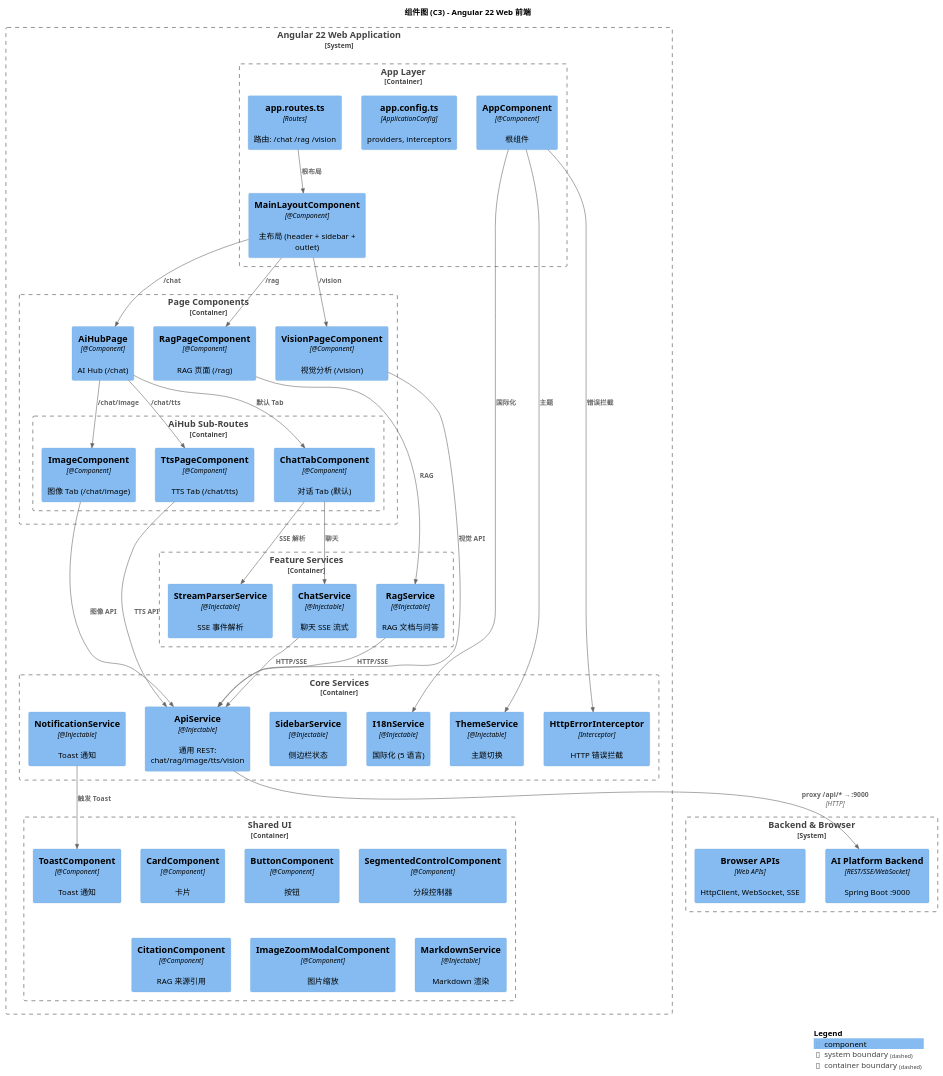
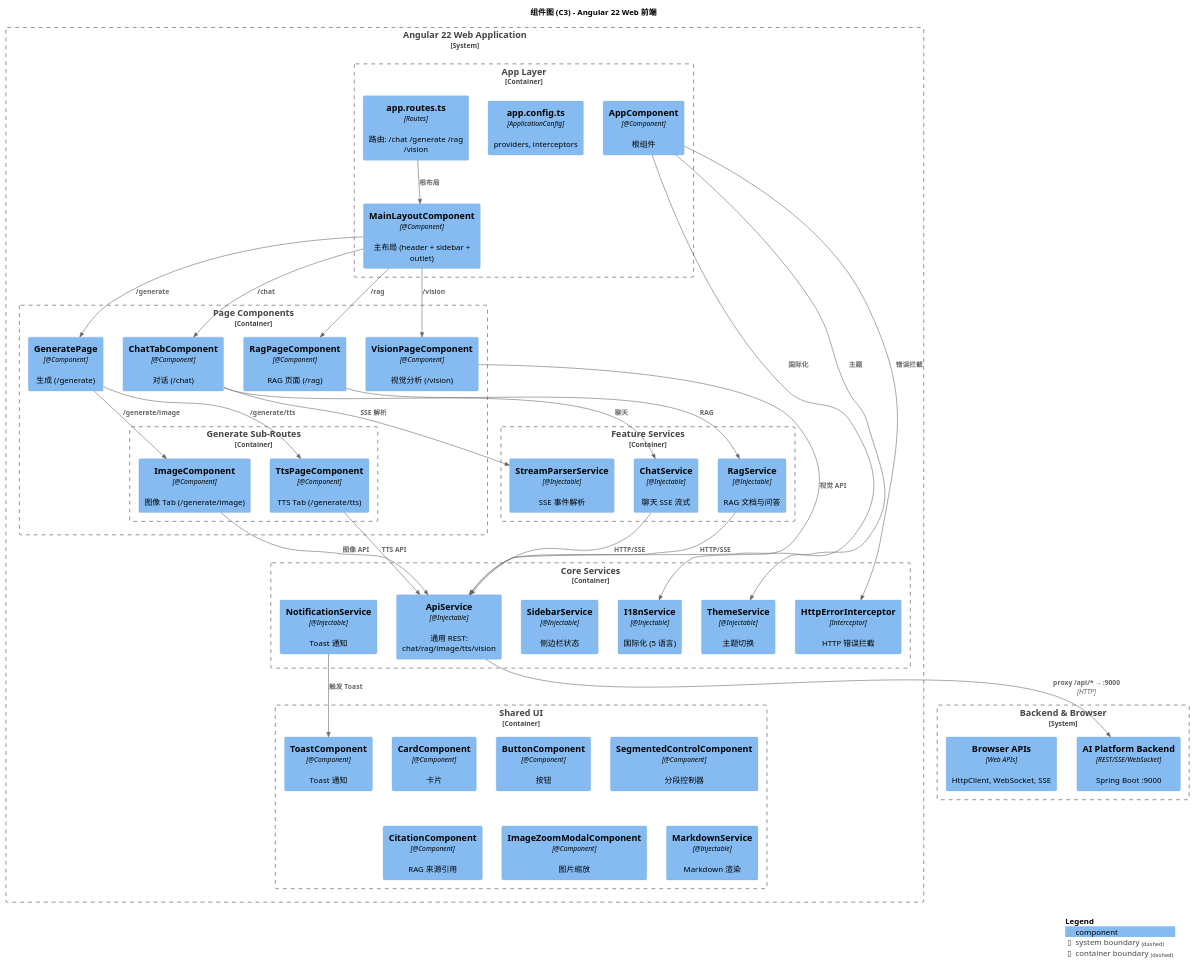
Before and after one commit to felixzhu97/explore-ai: the diagram in docs/c4/C3-Component-Frontend.puml, drawn with PlantUML. The commit also changed 4 other files, not shown here.

```diff
--- a/docs/c4/C3-Component-Frontend.puml
+++ b/docs/c4/C3-Component-Frontend.puml
@@ -1,107 +1,107 @@
 @startuml C3-Component-Frontend
 !include https://raw.githubusercontent.com/plantuml-stdlib/C4-PlantUML/master/C4_Component.puml
 
 LAYOUT_WITH_LEGEND()
 
 title 组件图 (C3) - Angular 22 Web 前端
 
 System_Boundary(frontend, "Angular 22 Web Application") {
 
     ' ============================================================
     ' APP LAYER
     ' ============================================================
     Container_Boundary(app_layer, "App Layer") {
         Component(app_root, "AppComponent", "@Component", "根组件")
         Component(main_layout, "MainLayoutComponent", "@Component", "主布局 (header + sidebar + outlet)")
         Component(app_cfg, "app.config.ts", "ApplicationConfig", "providers, interceptors")
-        Component(app_routes, "app.routes.ts", "Routes", "路由: /chat /rag /vision")
+        Component(app_routes, "app.routes.ts", "Routes", "路由: /chat /generate /rag /vision")
     }
 
     ' ============================================================
     ' PAGE COMPONENTS
     ' ============================================================
     Container_Boundary(pages, "Page Components") {
-        Component(ai_hub_page, "AiHubPage", "@Component", "AI Hub (/chat)")
-        Container_Boundary(ai_hub_tabs, "AiHub Sub-Routes") {
-            Component(chat_tab, "ChatTabComponent", "@Component", "对话 Tab (默认)")
-            Component(tts_tab, "TtsPageComponent", "@Component", "TTS Tab (/chat/tts)")
-            Component(img_tab, "ImageComponent", "@Component", "图像 Tab (/chat/image)")
+        Component(chat_tab, "ChatTabComponent", "@Component", "对话 (/chat)")
+        Component(generate_page, "GeneratePage", "@Component", "生成 (/generate)")
+        Container_Boundary(generate_tabs, "Generate Sub-Routes") {
+            Component(tts_tab, "TtsPageComponent", "@Component", "TTS Tab (/generate/tts)")
+            Component(img_tab, "ImageComponent", "@Component", "图像 Tab (/generate/image)")
         }
         Component(rag_page, "RagPageComponent", "@Component", "RAG 页面 (/rag)")
         Component(vision_page, "VisionPageComponent", "@Component", "视觉分析 (/vision)")
     }
 
     ' ============================================================
     ' FEATURE SERVICES
     ' ============================================================
     Container_Boundary(feature_services, "Feature Services") {
         Component(chat_svc, "ChatService", "@Injectable", "聊天 SSE 流式")
         Component(rag_svc, "RagService", "@Injectable", "RAG 文档与问答")
         Component(stream_parser, "StreamParserService", "@Injectable", "SSE 事件解析")
     }
 
     ' ============================================================
     ' CORE SERVICES
     ' ============================================================
     Container_Boundary(core_services, "Core Services") {
         Component(api_svc, "ApiService", "@Injectable", "通用 REST: chat/rag/image/tts/vision")
         Component(notif_svc, "NotificationService", "@Injectable", "Toast 通知")
         Component(http_err_interceptor, "HttpErrorInterceptor", "Interceptor", "HTTP 错误拦截")
         Component(sidebar_svc, "SidebarService", "@Injectable", "侧边栏状态")
         Component(i18n_svc, "I18nService", "@Injectable", "国际化 (5 语言)")
         Component(theme_svc, "ThemeService", "@Injectable", "主题切换")
     }
 
     ' ============================================================
     ' SHARED UI
     ' ============================================================
     Container_Boundary(shared_layer, "Shared UI") {
         Component(ui_card, "CardComponent", "@Component", "卡片")
         Component(ui_button, "ButtonComponent", "@Component", "按钮")
         Component(ui_seg_ctrl, "SegmentedControlComponent", "@Component", "分段控制器")
         Component(citation_comp, "CitationComponent", "@Component", "RAG 来源引用")
         Component(toast_comp, "ToastComponent", "@Component", "Toast 通知")
         Component(img_zoom, "ImageZoomModalComponent", "@Component", "图片缩放")
         Component(markdown_svc, "MarkdownService", "@Injectable", "Markdown 渲染")
     }
 }
 
 ' ============================================================
 ' EXTERNAL
 ' ============================================================
 System_Boundary(external, "Backend & Browser") {
     Component(backend_api, "AI Platform Backend", "REST/SSE/WebSocket", "Spring Boot :9000")
     Component(browser_apis, "Browser APIs", "Web APIs", "HttpClient, WebSocket, SSE")
 }
 
 ' ============================================================
 ' ROUTES
 ' ============================================================
 Rel(app_routes, main_layout, "根布局")
-Rel(main_layout, ai_hub_page, "/chat")
+Rel(main_layout, chat_tab, "/chat")
+Rel(main_layout, generate_page, "/generate")
 Rel(main_layout, rag_page, "/rag")
 Rel(main_layout, vision_page, "/vision")
-Rel(ai_hub_page, chat_tab, "默认 Tab")
-Rel(ai_hub_page, tts_tab, "/chat/tts")
-Rel(ai_hub_page, img_tab, "/chat/image")
+Rel(generate_page, tts_tab, "/generate/tts")
+Rel(generate_page, img_tab, "/generate/image")
 
 ' ============================================================
 ' SERVICE RELATIONSHIPS
 ' ============================================================
 Rel(chat_tab, chat_svc, "聊天")
 Rel(chat_tab, stream_parser, "SSE 解析")
 Rel(rag_page, rag_svc, "RAG")
 Rel(tts_tab, api_svc, "TTS API")
 Rel(img_tab, api_svc, "图像 API")
 Rel(vision_page, api_svc, "视觉 API")
 
 Rel(chat_svc, api_svc, "HTTP/SSE")
 Rel(rag_svc, api_svc, "HTTP/SSE")
 Rel(api_svc, backend_api, "proxy /api/* → :9000", "HTTP")
 Rel(notif_svc, toast_comp, "触发 Toast")
 Rel(app_root, theme_svc, "主题")
 Rel(app_root, i18n_svc, "国际化")
 Rel(app_root, http_err_interceptor, "错误拦截")
 
 SHOW_LEGEND()
 @enduml
```
